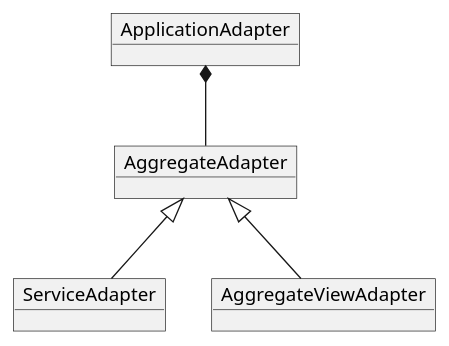
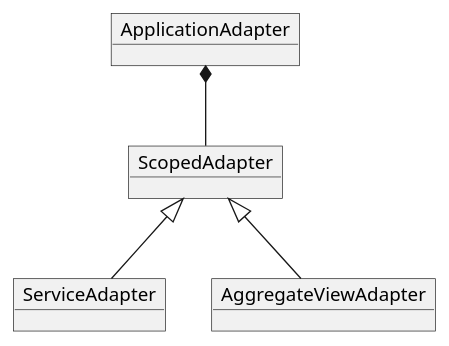
One commit to bestow-code/flakka changed the diagram in flakka4/packages/aggregate/core_aggregate/aggregate.puml. Above: the diagram before and after it, drawn with PlantUML. The commit also changed 40 other files, not shown here.

```diff
--- a/flakka4/packages/aggregate/core_aggregate/aggregate.puml
+++ b/flakka4/packages/aggregate/core_aggregate/aggregate.puml
@@ -1,10 +1,12 @@
 @startuml
 'https://plantuml.com/class-diagram
 object ApplicationAdapter
-object AggregateAdapter
-ApplicationAdapter *--  AggregateAdapter
+object ScopedAdapter
+ApplicationAdapter *--  ScopedAdapter
 object ServiceAdapter
-AggregateAdapter  <|--  ServiceAdapter
+ScopedAdapter  <|--  ServiceAdapter
 object AggregateViewAdapter
-AggregateAdapter <|-- AggregateViewAdapter
+ScopedAdapter <|-- AggregateViewAdapter
+
+
 @enduml
```
